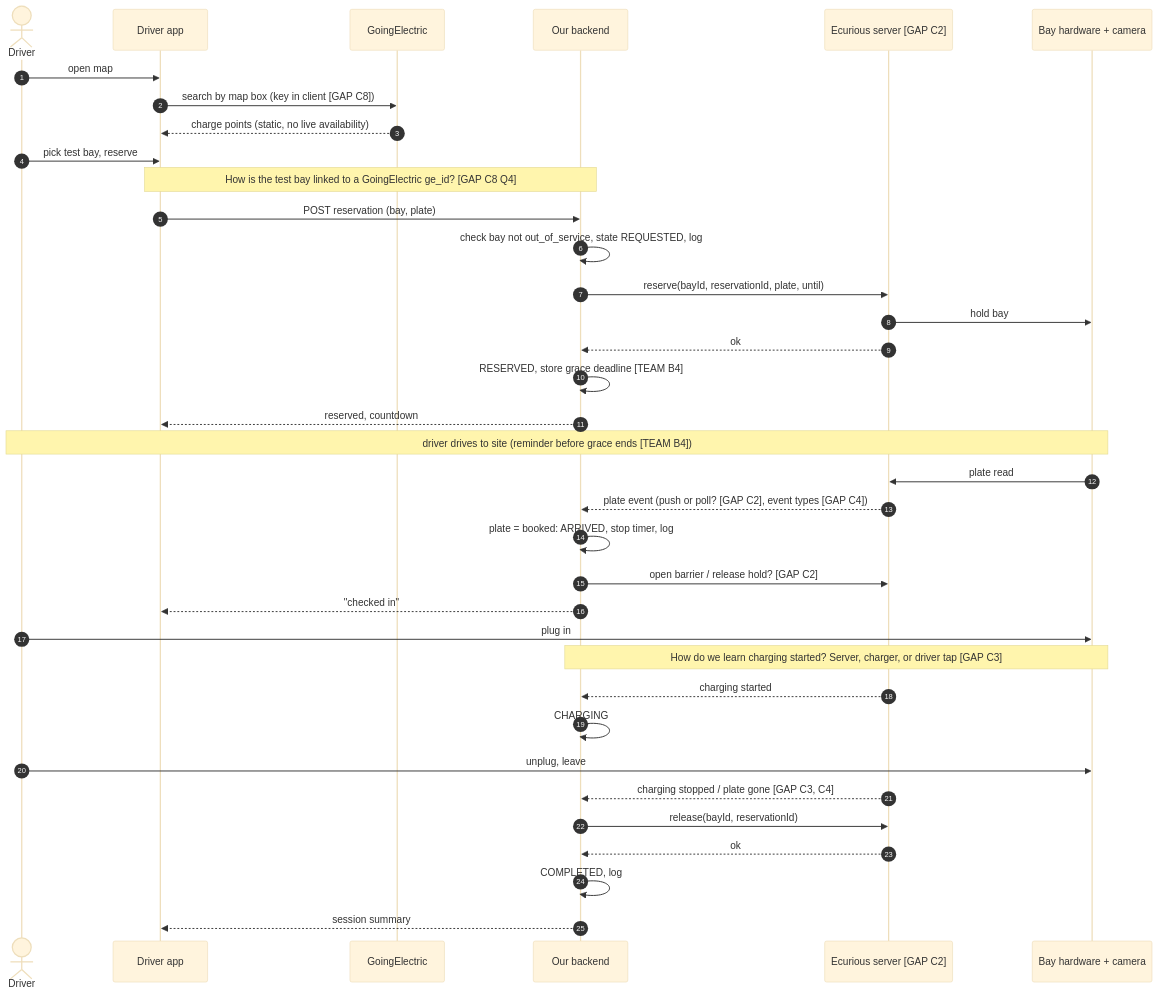
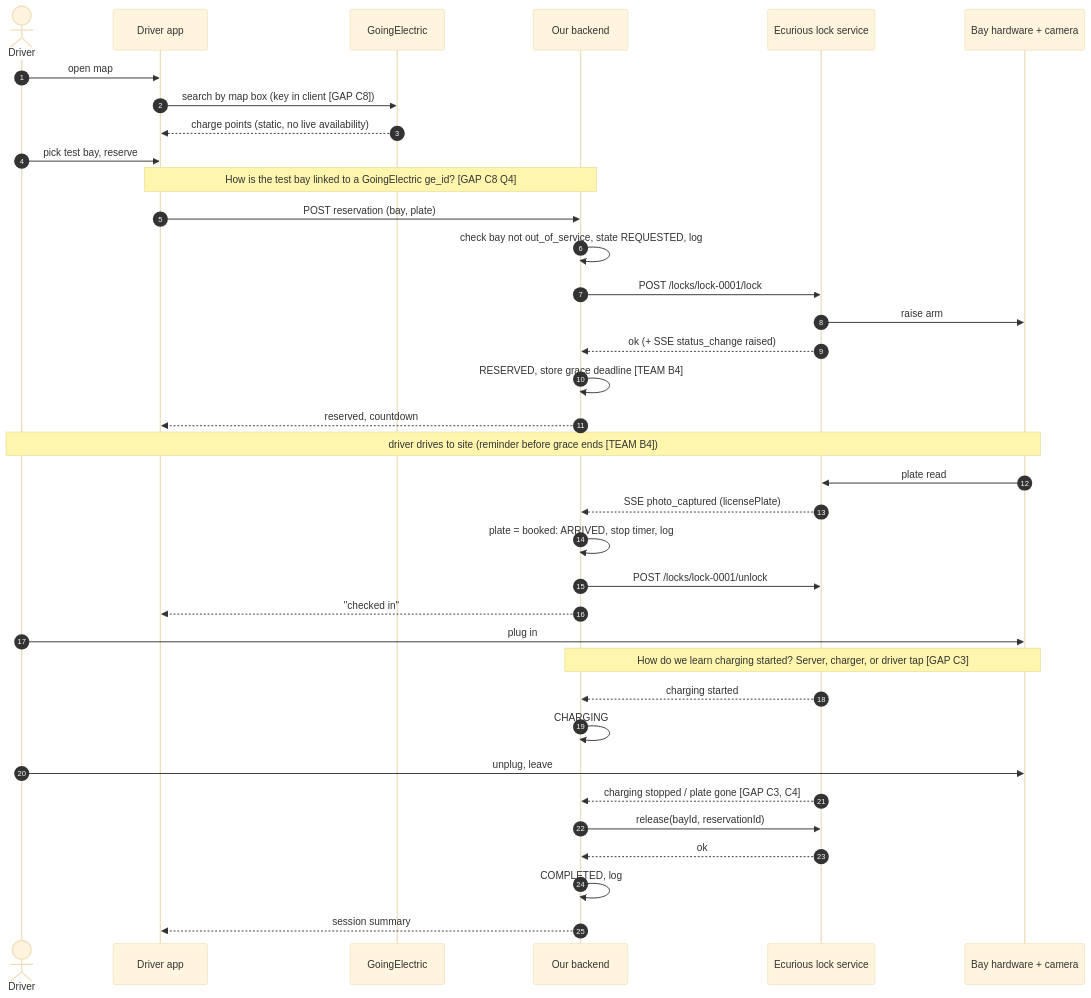
One commit to kkcrafter/VE-curious changed the fourth of 5 diagrams in docs/design/diagrams.md. Above: the diagram before and after it, drawn with Mermaid (base theme). The commit also changed other lines of this file and 2 other files, not shown here.

First line of the commit message:
docs: add Ecurious parking-lock API findings

````diff
--- a/docs/design/diagrams.md
+++ b/docs/design/diagrams.md
@@ -176,43 +176,43 @@
 ```mermaid
 sequenceDiagram
     autonumber
     actor D as Driver
     participant A as Driver app
     participant G as GoingElectric
     participant B as Our backend
-    participant E as Ecurious server [GAP C2]
+    participant E as Ecurious lock service
     participant H as Bay hardware + camera
 
     D->>A: open map
     A->>G: search by map box (key in client [GAP C8])
     G-->>A: charge points (static, no live availability)
     D->>A: pick test bay, reserve
     Note over A,B: How is the test bay linked to a GoingElectric ge_id? [GAP C8 Q4]
     A->>B: POST reservation (bay, plate)
     B->>B: check bay not out_of_service, state REQUESTED, log
-    B->>E: reserve(bayId, reservationId, plate, until)
-    E->>H: hold bay
-    E-->>B: ok
+    B->>E: POST /locks/lock-0001/lock
+    E->>H: raise arm
+    E-->>B: ok (+ SSE status_change raised)
     B->>B: RESERVED, store grace deadline [TEAM B4]
     B-->>A: reserved, countdown
 
     Note over D,H: driver drives to site (reminder before grace ends [TEAM B4])
 
     H->>E: plate read
-    E-->>B: plate event (push or poll? [GAP C2], event types [GAP C4])
+    E-->>B: SSE photo_captured (licensePlate)
     B->>B: plate = booked: ARRIVED, stop timer, log
-    B->>E: open barrier / release hold? [GAP C2]
+    B->>E: POST /locks/lock-0001/unlock
     B-->>A: "checked in"
 
     D->>H: plug in
     Note over B,H: How do we learn charging started? Server, charger, or driver tap [GAP C3]
     E-->>B: charging started
     B->>B: CHARGING
 
     D->>H: unplug, leave
     E-->>B: charging stopped / plate gone [GAP C3, C4]
     B->>E: release(bayId, reservationId)
     E-->>B: ok
     B->>B: COMPLETED, log
     B-->>A: session summary
 ```
````
